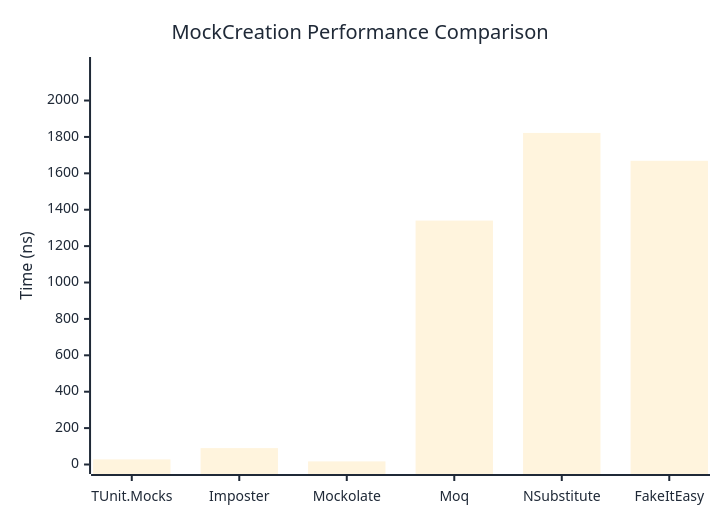
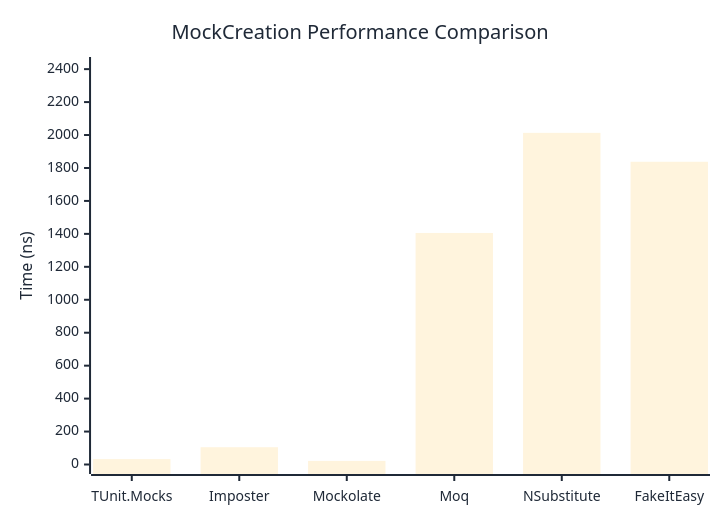
The first of 2 diagrams in docs/docs/benchmarks/mocks/MockCreation.md (thomhurst/TUnit), drawn with Mermaid before and after one commit. The commit also changed other lines of this file and 14 other files, not shown here.

````diff
--- a/docs/docs/benchmarks/mocks/MockCreation.md
+++ b/docs/docs/benchmarks/mocks/MockCreation.md
@@ -30,27 +30,27 @@
 ```mermaid
 %%{init: {
   'theme':'base',
   'themeVariables': {
     'primaryColor': '#2563eb',
     'primaryTextColor': '#1f2937',
     'primaryBorderColor': '#1e40af',
     'lineColor': '#6b7280',
     'secondaryColor': '#7c3aed',
     'tertiaryColor': '#dc2626',
     'background': '#ffffff',
     'pie1': '#2563eb',
     'pie2': '#7c3aed',
     'pie3': '#dc2626',
     'pie4': '#f59e0b',
     'pie5': '#10b981',
     'pie6': '#06b6d4',
     'pie7': '#ec4899',
     'pie8': '#6366f1'
   }
 }}%%
 xychart-beta
   title "MockCreation Performance Comparison"
   x-axis ["TUnit.Mocks", "Imposter", "Mockolate", "Moq", "NSubstitute", "FakeItEasy"]
-  y-axis "Time (ns)" 0 --> 2187
-  bar [28.06, 90.15, 17.07, 1340.32, 1822.02, 1668.83]
+  y-axis "Time (ns)" 0 --> 2416
+  bar [32.74, 104.91, 21.87, 1405.45, 2013.24, 1837.66]
 ```
````
